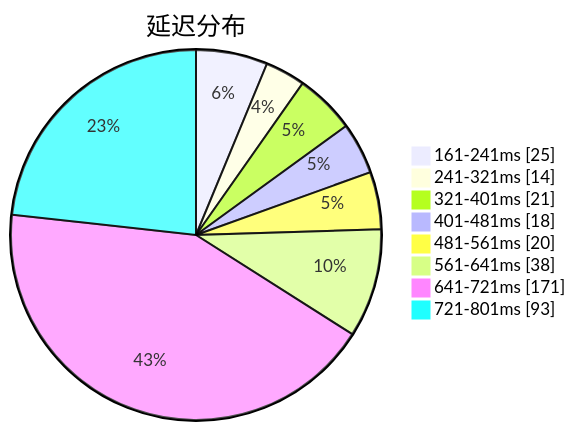
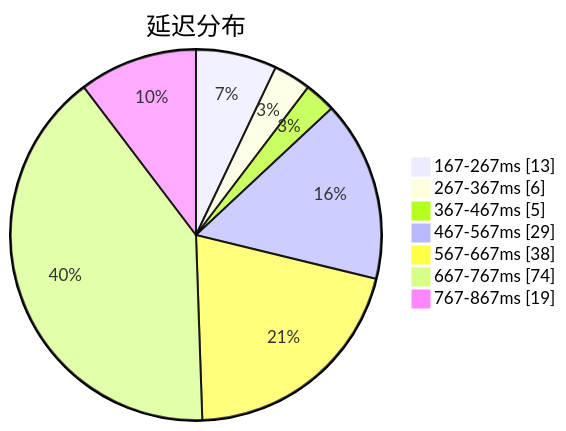
Before and after one commit to qjlxg/airport: the first of 3 diagrams in subs/statistics/tested_within.md, drawn with Mermaid. The commit also changed other lines of this file and 2 other files, not shown here.

````diff
--- a/subs/statistics/tested_within.md
+++ b/subs/statistics/tested_within.md
@@ -2,12 +2,11 @@
 ```mermaid
 pie showData
 title 延迟分布
-"161-241ms" : 25
-"241-321ms" : 14
-"321-401ms" : 21
-"401-481ms" : 18
-"481-561ms" : 20
-"561-641ms" : 38
-"641-721ms" : 171
-"721-801ms" : 93
+"167-267ms" : 13
+"267-367ms" : 6
+"367-467ms" : 5
+"467-567ms" : 29
+"567-667ms" : 38
+"667-767ms" : 74
+"767-867ms" : 19
 ```
````
